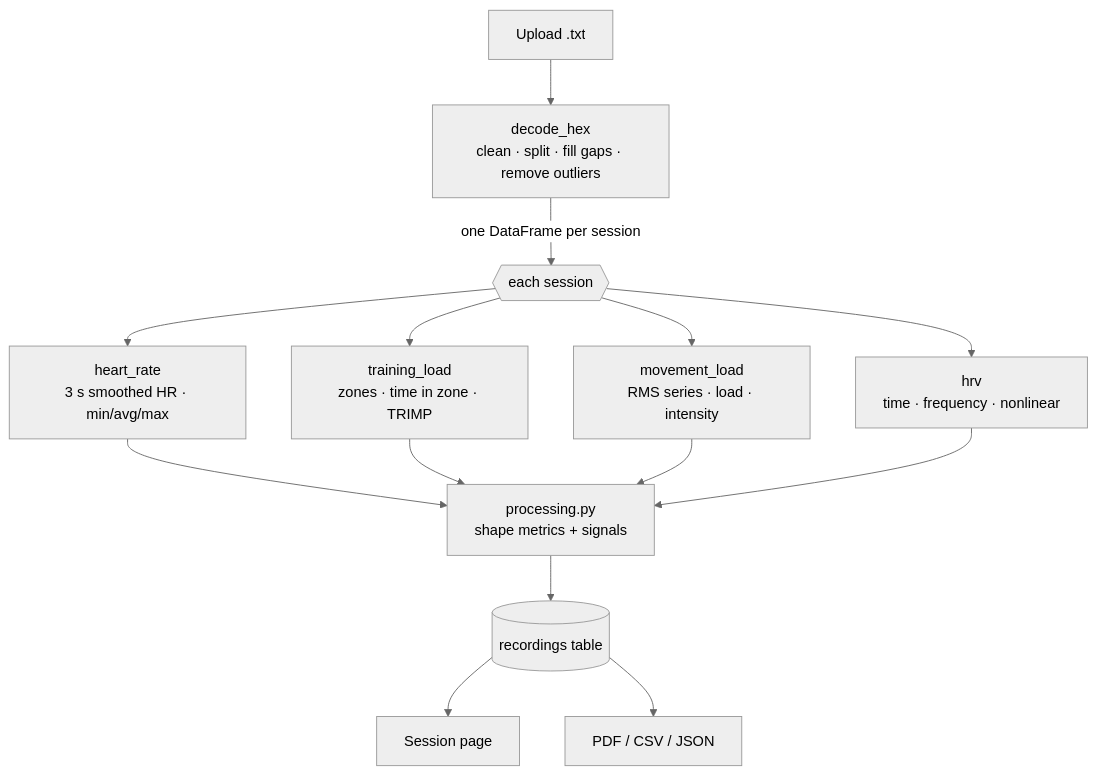
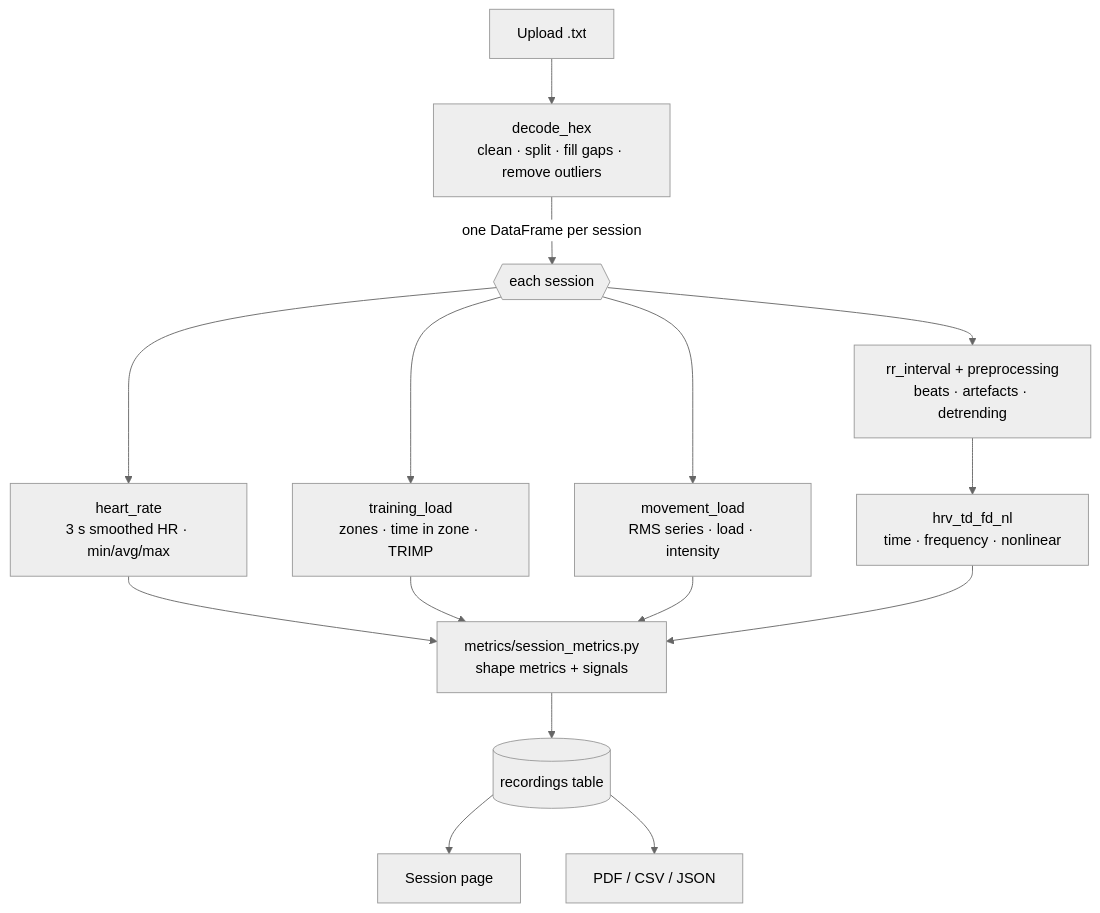
The diagram in docs/processing.md (Sivaneshakumar27/netribeat), drawn with Mermaid (neutral theme) before and after one commit. The commit also changed other lines of this file and 51 other files, not shown here.

First line of the commit message:
Reorganise analysis code by stage: hex_decoder, rr_interval, preprocessing, engine/algo, metrics

````diff
--- a/docs/processing.md
+++ b/docs/processing.md
@@ -12,12 +12,13 @@
 ```mermaid
 flowchart TD
     U[Upload .txt] --> D["decode_hex<br/>clean · split · fill gaps · remove outliers"]
     D -->|one DataFrame per session| S{{each session}}
     S --> HR[heart_rate<br/>3 s smoothed HR · min/avg/max]
     S --> TL[training_load<br/>zones · time in zone · TRIMP]
     S --> ML[movement_load<br/>RMS series · load · intensity]
-    S --> HRV[hrv<br/>time · frequency · nonlinear]
-    HR & TL & ML & HRV --> P[processing.py<br/>shape metrics + signals]
+    S --> RR[rr_interval + preprocessing<br/>beats · artefacts · detrending]
+    RR --> HRV[hrv_td_fd_nl<br/>time · frequency · nonlinear]
+    HR & TL & ML & HRV --> P[metrics/session_metrics.py<br/>shape metrics + signals]
     P --> DB[(recordings table)]
     DB --> UI[Session page] & R[PDF / CSV / JSON]
 ```
````
